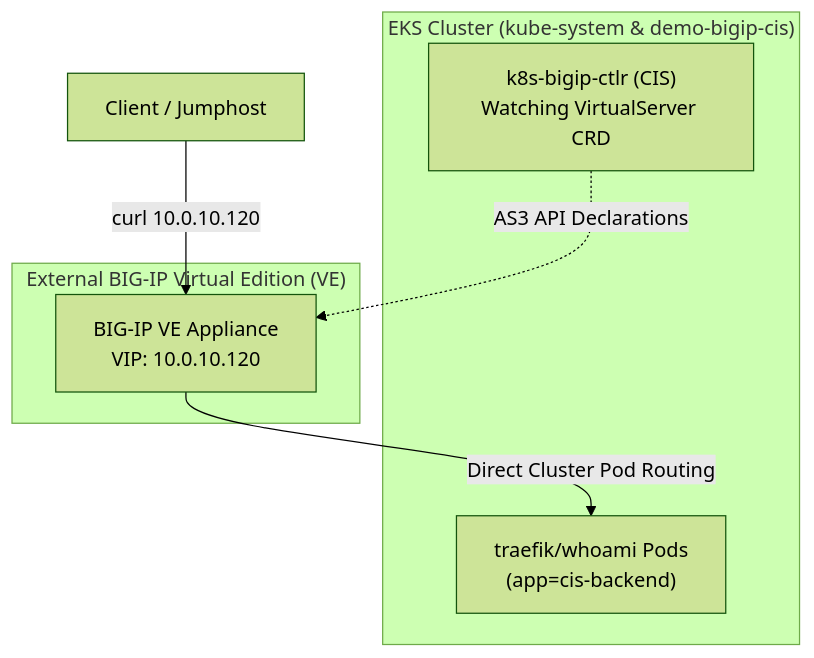
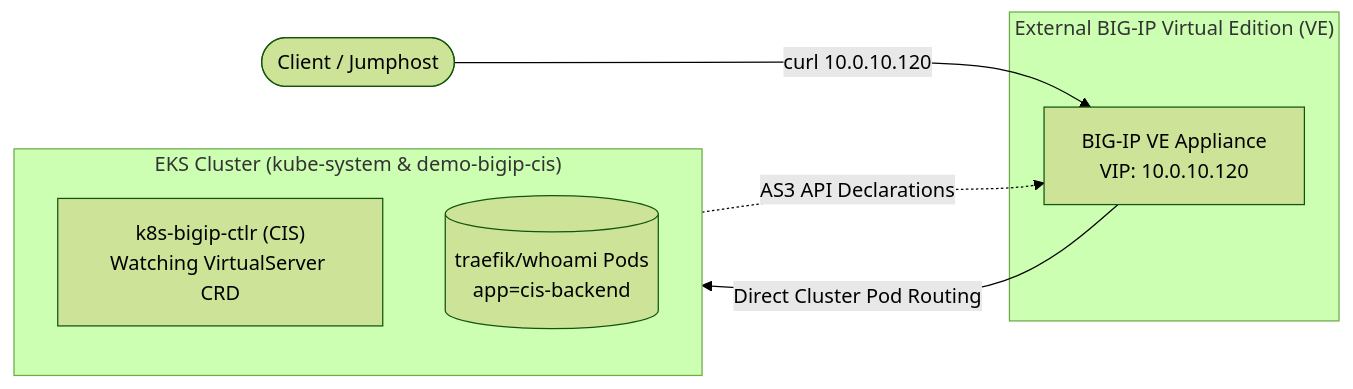
One commit to JLCode-tech/awsbnkctl changed diagram 19 of 20 in docs/SCENARIOS.md. Above: the diagram before and after it, drawn with Mermaid (forest theme). The commit also changed other lines of this file and 2 other files, not shown here.

Commit message:
docs: modernize diagrams and remove sales jargon

````diff
--- a/docs/SCENARIOS.md
+++ b/docs/SCENARIOS.md
@@ -510,15 +576,18 @@
 ```mermaid
-flowchart TD
-    subgraph InCluster["EKS Cluster (kube-system & demo-bigip-cis)"]
-        CIS["k8s-bigip-ctlr (CIS)<br/>Watching VirtualServer CRD"]
-        Backend["traefik/whoami Pods<br/>(app=cis-backend)"]
-    end
+flowchart LR
+    Client([Client / Jumphost])
 
     subgraph ExternalAppliance["External BIG-IP Virtual Edition (VE)"]
         VE["BIG-IP VE Appliance<br/>VIP: 10.0.10.120"]
     end
 
-    Client["Client / Jumphost"] -->|curl 10.0.10.120| VE
+    subgraph InCluster["EKS Cluster (kube-system & demo-bigip-cis)"]
+        direction TB
+        CIS["k8s-bigip-ctlr (CIS)<br/>Watching VirtualServer CRD"]
+        Backend[("traefik/whoami Pods<br/>app=cis-backend")]
+    end
+
+    Client -->|curl 10.0.10.120| VE
     CIS -.->|AS3 API Declarations| VE
     VE -->|Direct Cluster Pod Routing| Backend
 ```
````
